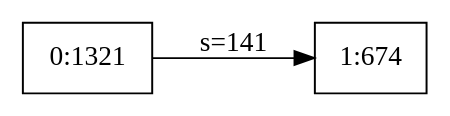
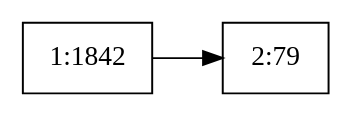
Before and after one commit to agongdai/peta: the diagram in graph/rm_after_update.dot, drawn with Graphviz. The commit also changed 19 other files, not shown here.

```diff
--- a/graph/rm_after_update.dot
+++ b/graph/rm_after_update.dot
@@ -1,6 +1,6 @@
 digraph g { 
 	rankdir = LR 
-	0 [shape=box, label="0:1321"] 
-	0 -> 1 [label="s=141"] 
-	1 [shape=box, label="1:674"] 
+	1 [shape=box, label="1:1842"] 
+	1 -> 2
+	2 [shape=box, label="2:79"] 
 } 
```
